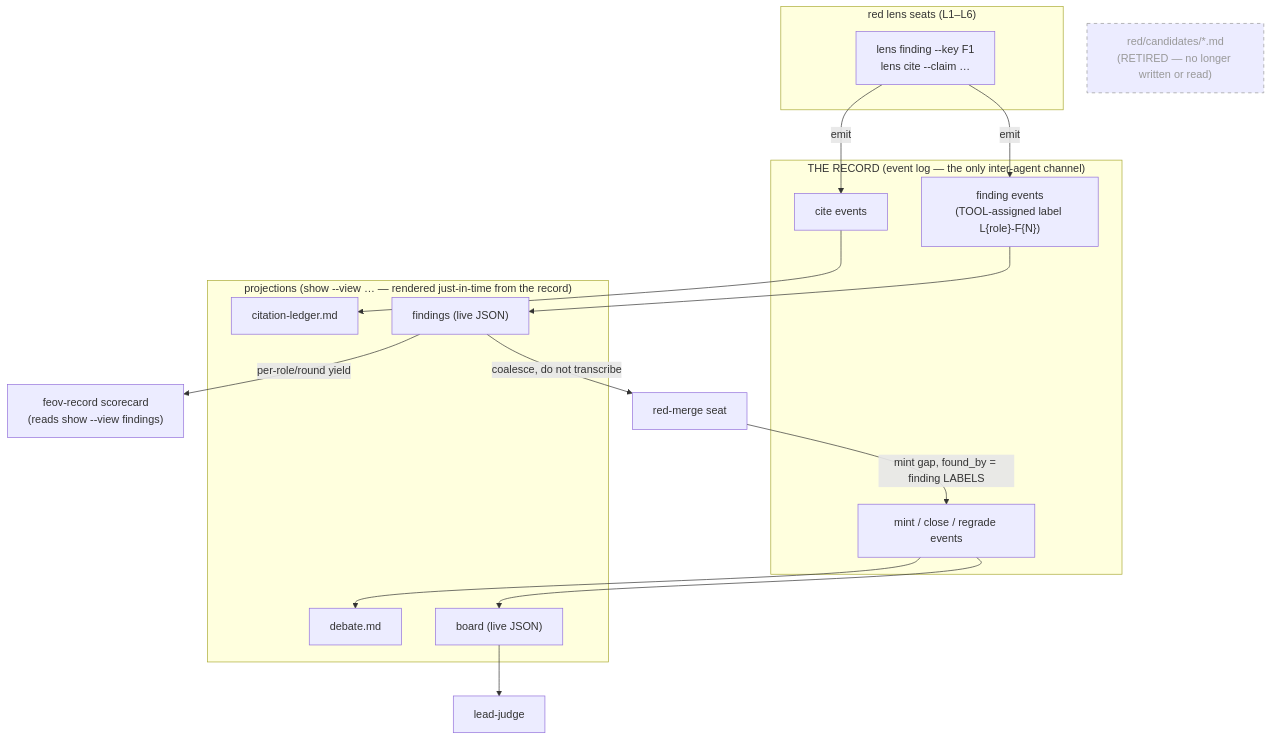
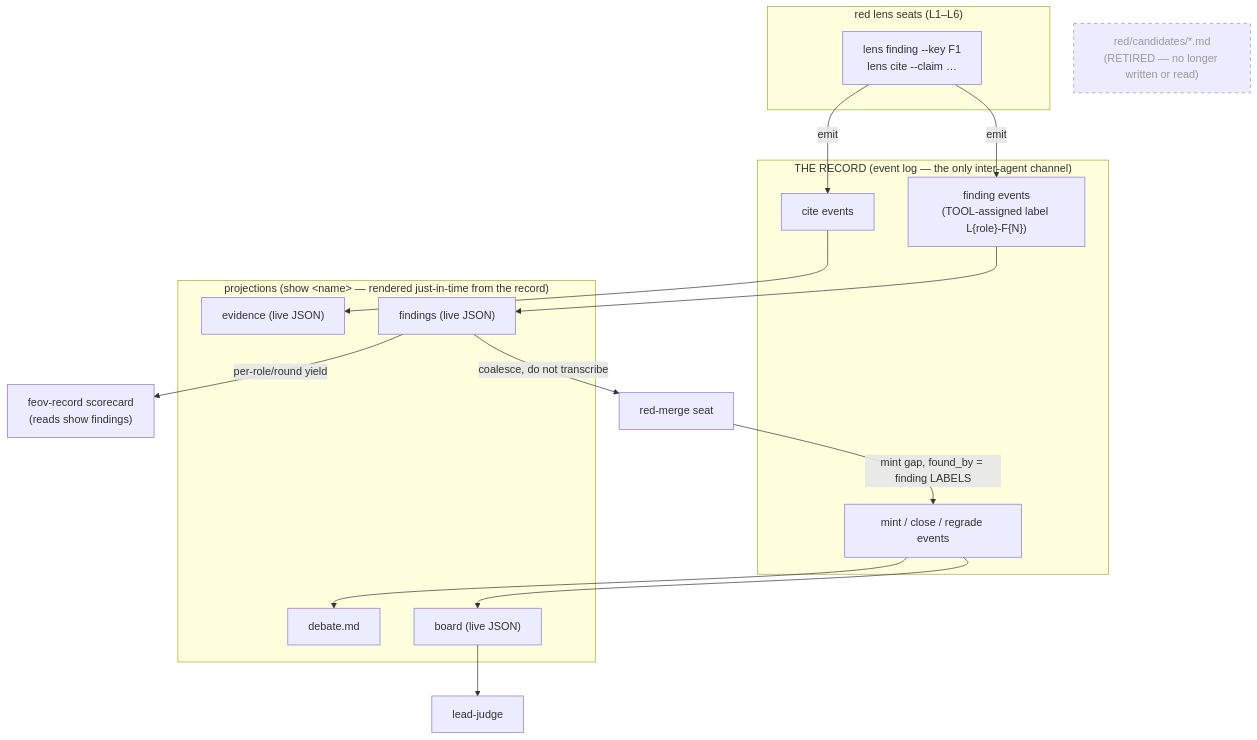
One commit to ctoforaday/special-circumstances changed the first of 2 diagrams in plugins/frank-exchange-of-views/docs/record-flow.md. Above: the diagram before and after it, drawn with Mermaid. The commit also changed 50 other files, not shown here.

````diff
--- a/plugins/frank-exchange-of-views/docs/record-flow.md
+++ b/plugins/frank-exchange-of-views/docs/record-flow.md
@@ -11,35 +11,35 @@
 ```mermaid
 flowchart TB
   subgraph lenses["red lens seats (L1–L6)"]
     L["lens finding --key F1<br/>lens cite --claim …"]
   end
   subgraph record["THE RECORD (event log — the only inter-agent channel)"]
     FE["finding events<br/>(TOOL-assigned label L{role}-F{N})"]
     CE["cite events"]
     ME["mint / close / regrade events"]
   end
-  subgraph views["projections (show --view … — rendered just-in-time from the record)"]
+  subgraph views["projections (show &lt;name&gt; — rendered just-in-time from the record)"]
     FV["findings (live JSON)"]
-    CL["citation-ledger.md"]
+    CL["evidence (live JSON)"]
     BD["board (live JSON)"]
     DBT["debate.md"]
   end
   merge["red-merge seat"]
-  score["feov-record scorecard<br/>(reads show --view findings)"]
+  score["feov-record scorecard<br/>(reads show findings)"]
   bench["lead-judge"]
 
   L -->|emit| FE
   L -->|emit| CE
   FE --> FV
   CE --> CL
   ME --> BD
   FV -->|coalesce, do not transcribe| merge
   merge -->|mint gap, found_by = finding LABELS| ME
   FV -->|per-role/round yield| score
   BD --> bench
   ME --> DBT
 
   X["red/candidates/*.md<br/>(RETIRED — no longer written or read)"]
   class X retired
   classDef retired stroke-dasharray:5 5,color:#999,stroke:#999
 ```
````
